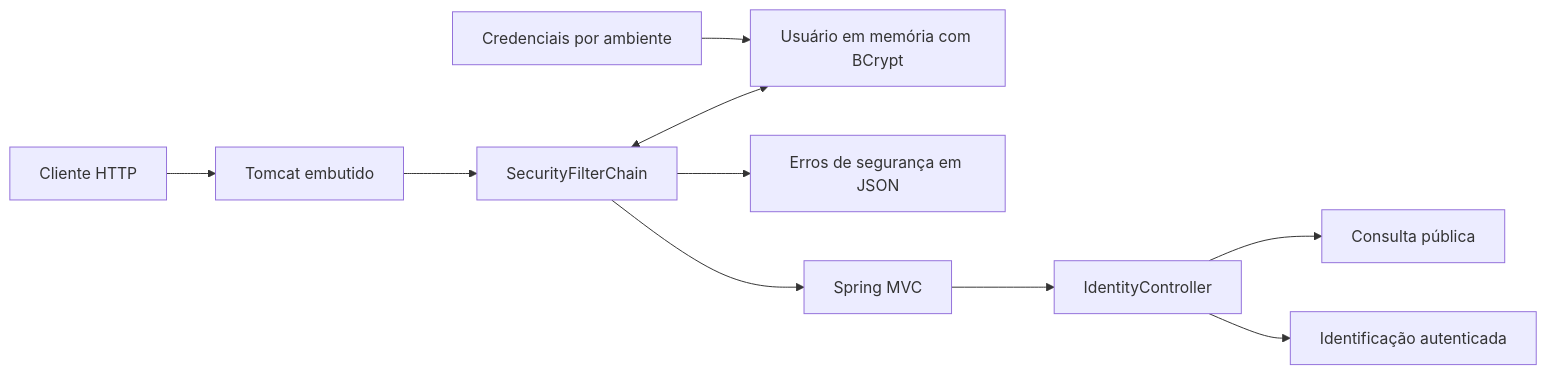
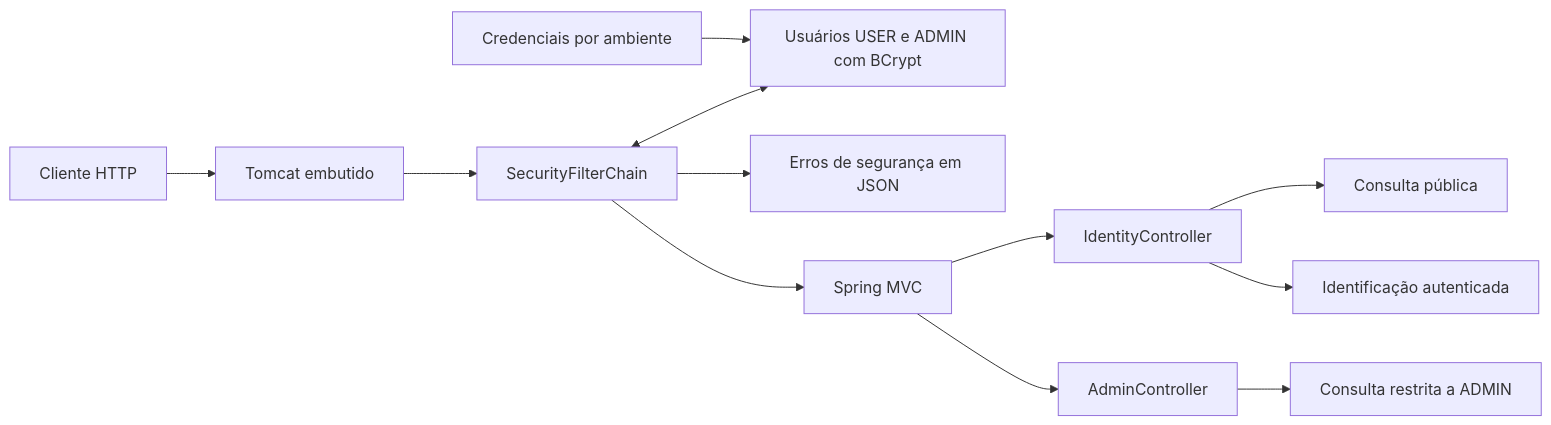
One commit to Emersonfarias93/spring-security changed the second of 3 diagrams in docs/diagramas.md. Above: the diagram before and after it, drawn with Mermaid. The commit also changed other lines of this file and 7 other files, not shown here.

Commit message:
feat: restringir consulta administrativa ao perfil ADMIN

````diff
--- a/docs/diagramas.md
+++ b/docs/diagramas.md
@@ -27,12 +32,14 @@
 ```mermaid
 flowchart LR
     C[Cliente HTTP] --> T[Tomcat embutido]
     T --> S[SecurityFilterChain]
-    S <--> U[Usuário em memória com BCrypt]
+    S <--> U[Usuários USER e ADMIN com BCrypt]
     V[Credenciais por ambiente] --> U
     S --> E[Erros de segurança em JSON]
     S --> M[Spring MVC]
     M --> R[IdentityController]
     R --> P[Consulta pública]
     R --> I[Identificação autenticada]
+    M --> A[AdminController]
+    A --> Q[Consulta restrita a ADMIN]
 ```
````
